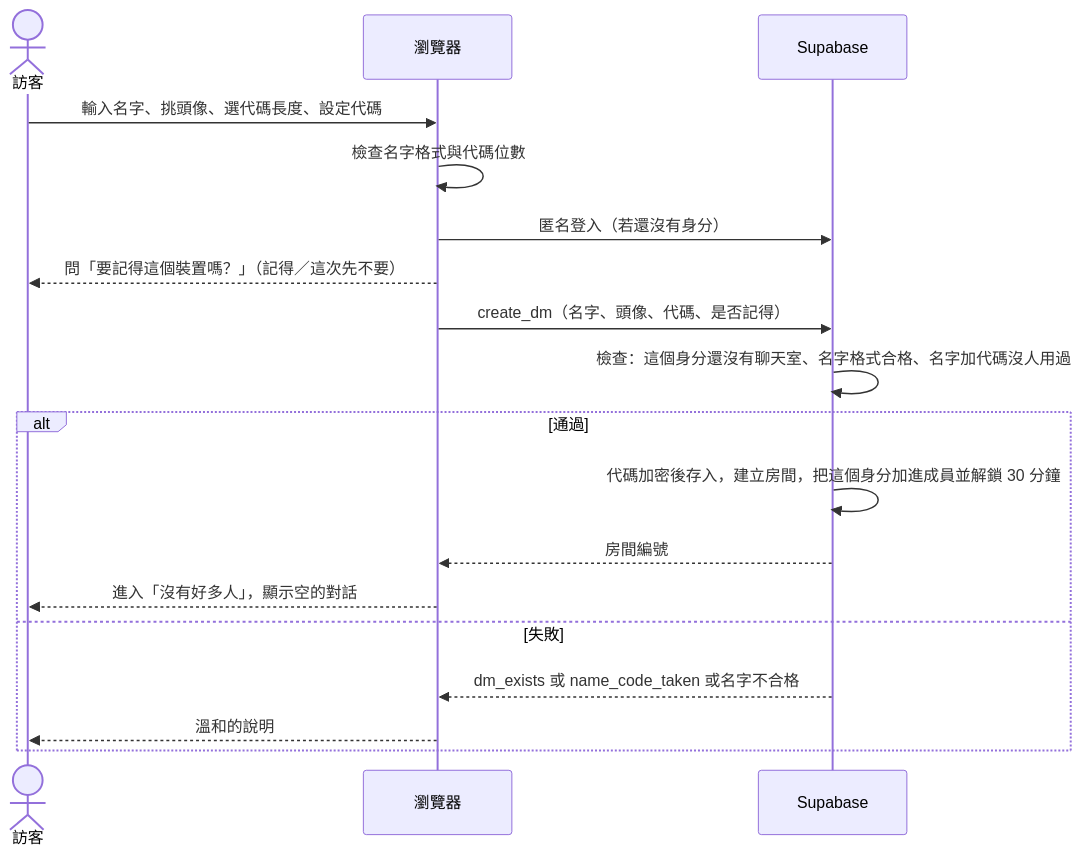
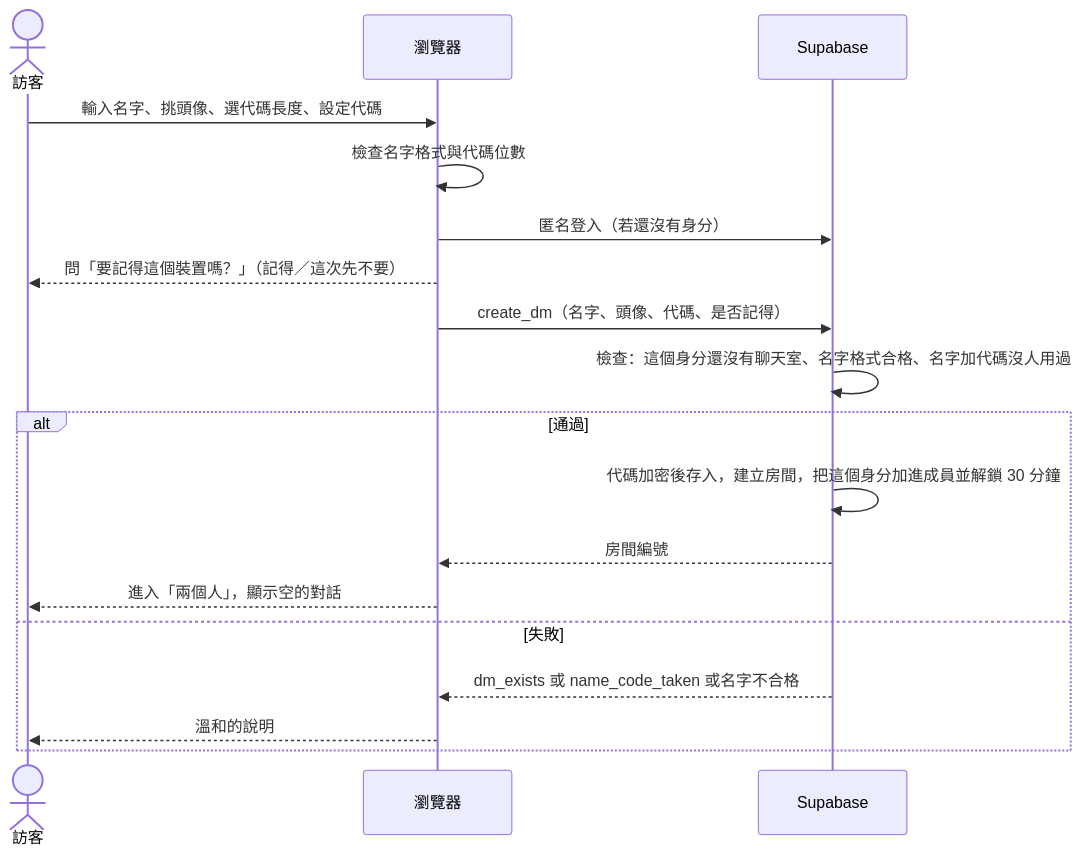
Before and after one commit to 411332043git/ch3hw: diagram 12 of 14 in docs/architecture.md, drawn with Mermaid. The commit also changed other lines of this file and 2 other files, not shown here.

Commit message:
Update architecture to match design: voice, announcements, pinning, file expiry, desktop layout, avatars

````diff
--- a/docs/architecture.md
+++ b/docs/architecture.md
@@ -913,21 +921,21 @@
 ```mermaid
 sequenceDiagram
     actor U as 訪客
     participant B as 瀏覽器
     participant S as Supabase
 
     U->>B: 輸入名字、挑頭像、選代碼長度、設定代碼
     B->>B: 檢查名字格式與代碼位數
     B->>S: 匿名登入（若還沒有身分）
     B-->>U: 問「要記得這個裝置嗎？」（記得／這次先不要）
     B->>S: create_dm（名字、頭像、代碼、是否記得）
     S->>S: 檢查：這個身分還沒有聊天室、名字格式合格、名字加代碼沒人用過
     alt 通過
         S->>S: 代碼加密後存入，建立房間，把這個身分加進成員並解鎖 30 分鐘
         S-->>B: 房間編號
-        B-->>U: 進入「沒有好多人」，顯示空的對話
+        B-->>U: 進入「兩個人」，顯示空的對話
     else 失敗
         S-->>B: dm_exists 或 name_code_taken 或名字不合格
         B-->>U: 溫和的說明
     end
 ```
````
